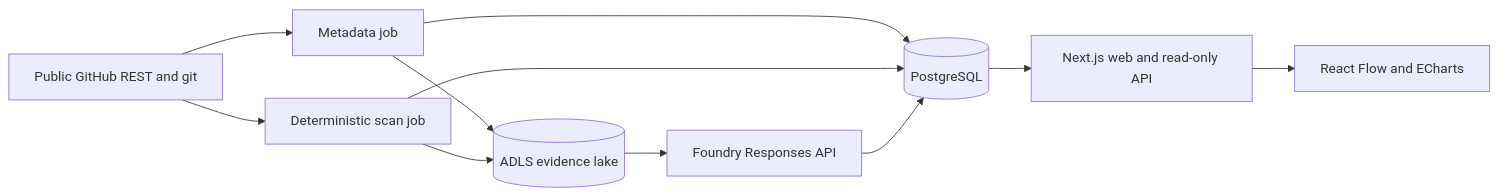
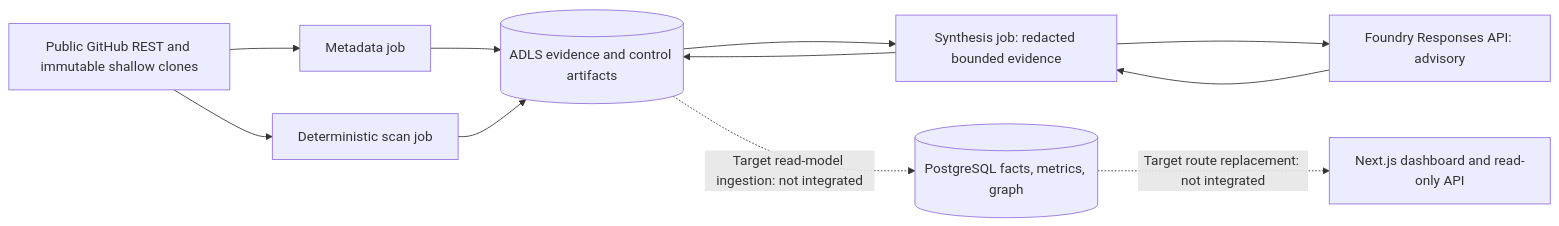
The second of 2 diagrams in docs/architecture/overview.md (VeVarunSharma/BC-Gov-Git-Insights), drawn with Mermaid before and after one commit. The commit also changed other lines of this file and 34 other files, not shown here.

````diff
--- a/docs/architecture/overview.md
+++ b/docs/architecture/overview.md
@@ -14,13 +28,13 @@
 ```mermaid
 flowchart LR
-  GH[Public GitHub REST and git] --> C[Metadata job]
-  GH --> S[Deterministic scan job]
-  C --> L[(ADLS evidence lake)]
+  GH["Public GitHub REST and immutable shallow clones"] --> C["Metadata job"]
+  GH --> S["Deterministic scan job"]
+  C --> L[("ADLS evidence and control artifacts")]
   S --> L
-  C --> P[(PostgreSQL)]
-  S --> P
-  L --> F[Foundry Responses API]
-  F --> P
-  P --> W[Next.js web and read-only API]
-  W --> R[React Flow and ECharts]
+  L --> Y["Synthesis job: redacted bounded evidence"]
+  Y --> F["Foundry Responses API: advisory"]
+  F --> Y
+  Y --> L
+  L -. "Target read-model ingestion: not integrated" .-> P[("PostgreSQL facts, metrics, graph")]
+  P -. "Target route replacement: not integrated" .-> W["Next.js dashboard and read-only API"]
 ```
````
